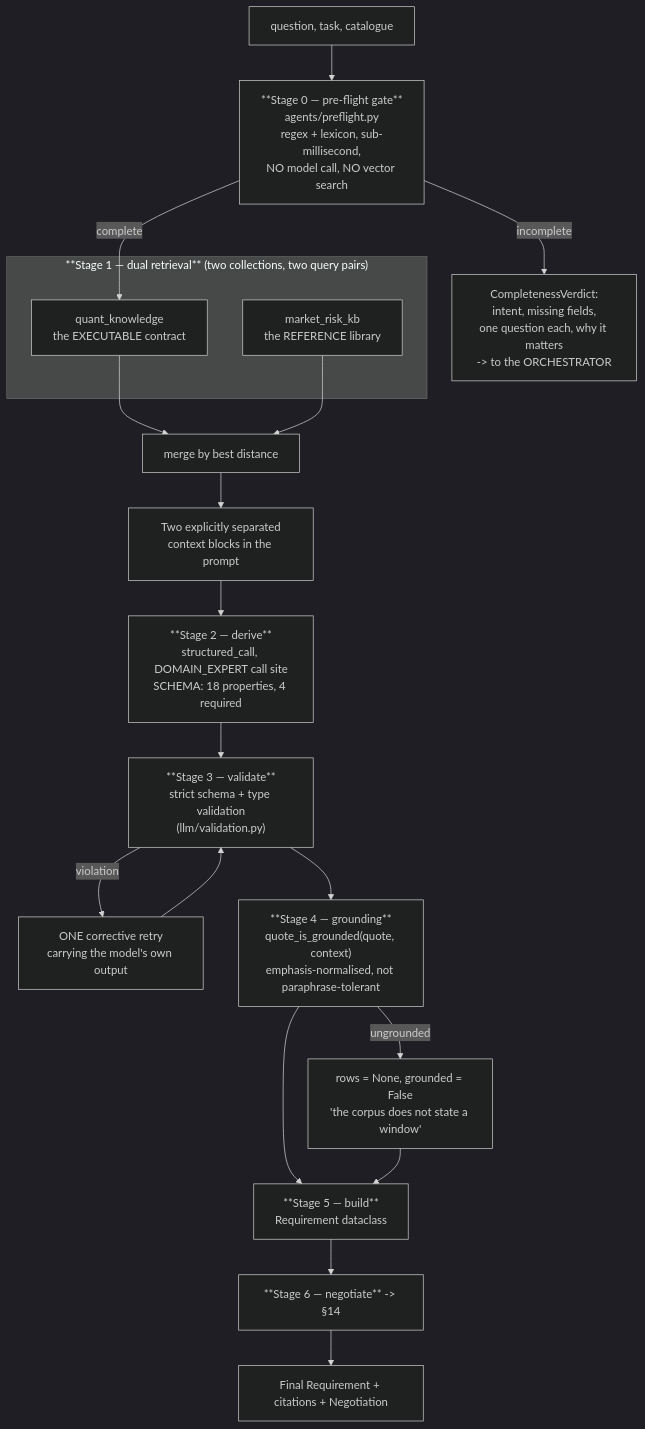
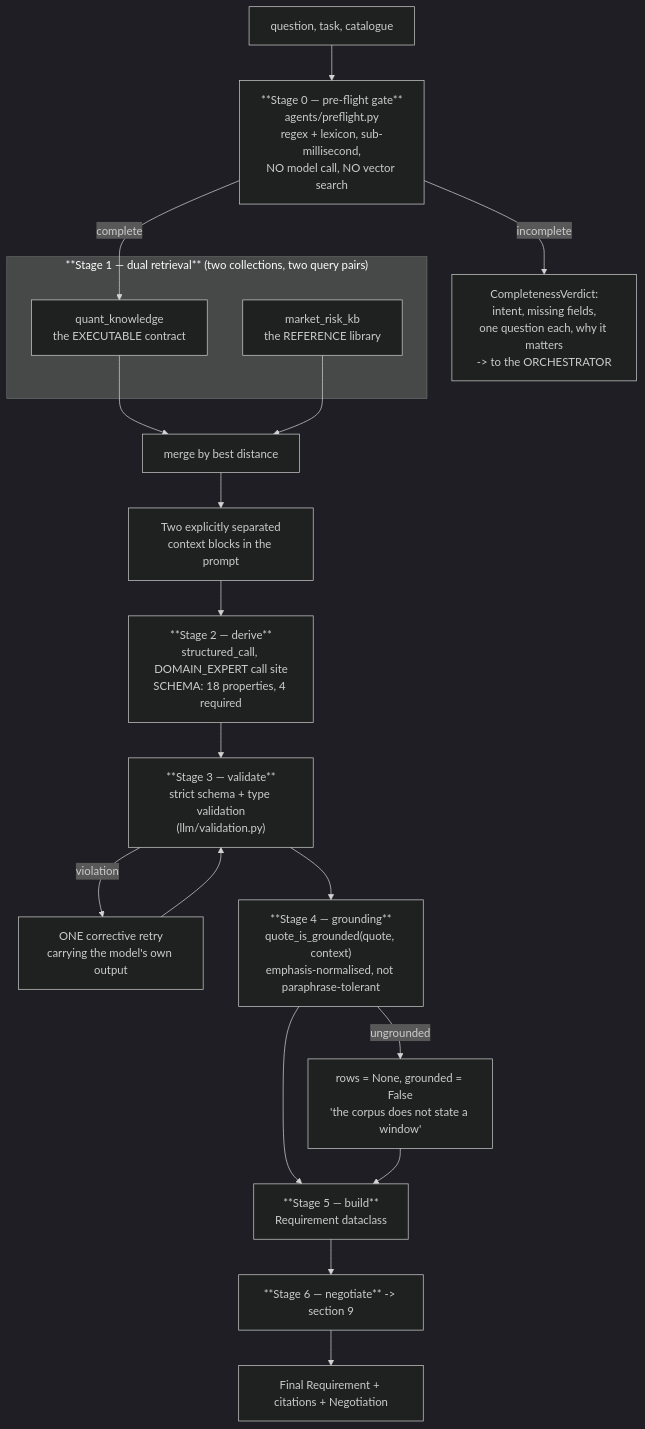
Before and after one commit to KrishnaAnnavaram/semantic-mcp-data-access-gateway: the ninth of 30 diagrams in README.md, drawn with Mermaid (dark theme). The commit also changed other lines of this file and 1 other file, not shown here.

````diff
--- a/README.md
+++ b/README.md
@@ -1031,25 +1288,25 @@
 ```mermaid
 flowchart TD
     Q["question, task, catalogue"] --> PF["**Stage 0 — pre-flight gate**<br/>agents/preflight.py<br/>regex + lexicon, sub-millisecond,<br/>NO model call, NO vector search"]
     PF -->|"incomplete"| PFX["CompletenessVerdict:<br/>intent, missing fields,<br/>one question each, why it matters<br/>-> to the ORCHESTRATOR"]
     PF -->|"complete"| R1
 
     subgraph RET["**Stage 1 — dual retrieval** (two collections, two query pairs)"]
         R1["quant_knowledge<br/>the EXECUTABLE contract"]
         R2["market_risk_kb<br/>the REFERENCE library"]
     end
     R1 --> MERGE["merge by best distance"]
     R2 --> MERGE
     MERGE --> CTX["Two explicitly separated<br/>context blocks in the prompt"]
 
     CTX --> DER["**Stage 2 — derive**<br/>structured_call, DOMAIN_EXPERT call site<br/>SCHEMA: 18 properties, 4 required"]
     DER --> VAL["**Stage 3 — validate**<br/>strict schema + type validation<br/>(llm/validation.py)"]
     VAL -->|"violation"| RETRY["ONE corrective retry<br/>carrying the model's own output"]
     RETRY --> VAL
     VAL --> GRD["**Stage 4 — grounding**<br/>quote_is_grounded(quote, context)<br/>emphasis-normalised, not paraphrase-tolerant"]
     GRD -->|"ungrounded"| DROP["rows = None, grounded = False<br/>'the corpus does not state a window'"]
     GRD --> BUILD["**Stage 5 — build**<br/>Requirement dataclass"]
     DROP --> BUILD
-    BUILD --> NEG["**Stage 6 — negotiate** -> §14"]
+    BUILD --> NEG["**Stage 6 — negotiate** -> section 9"]
     NEG --> FIN["Final Requirement + citations + Negotiation"]
 ```
````
